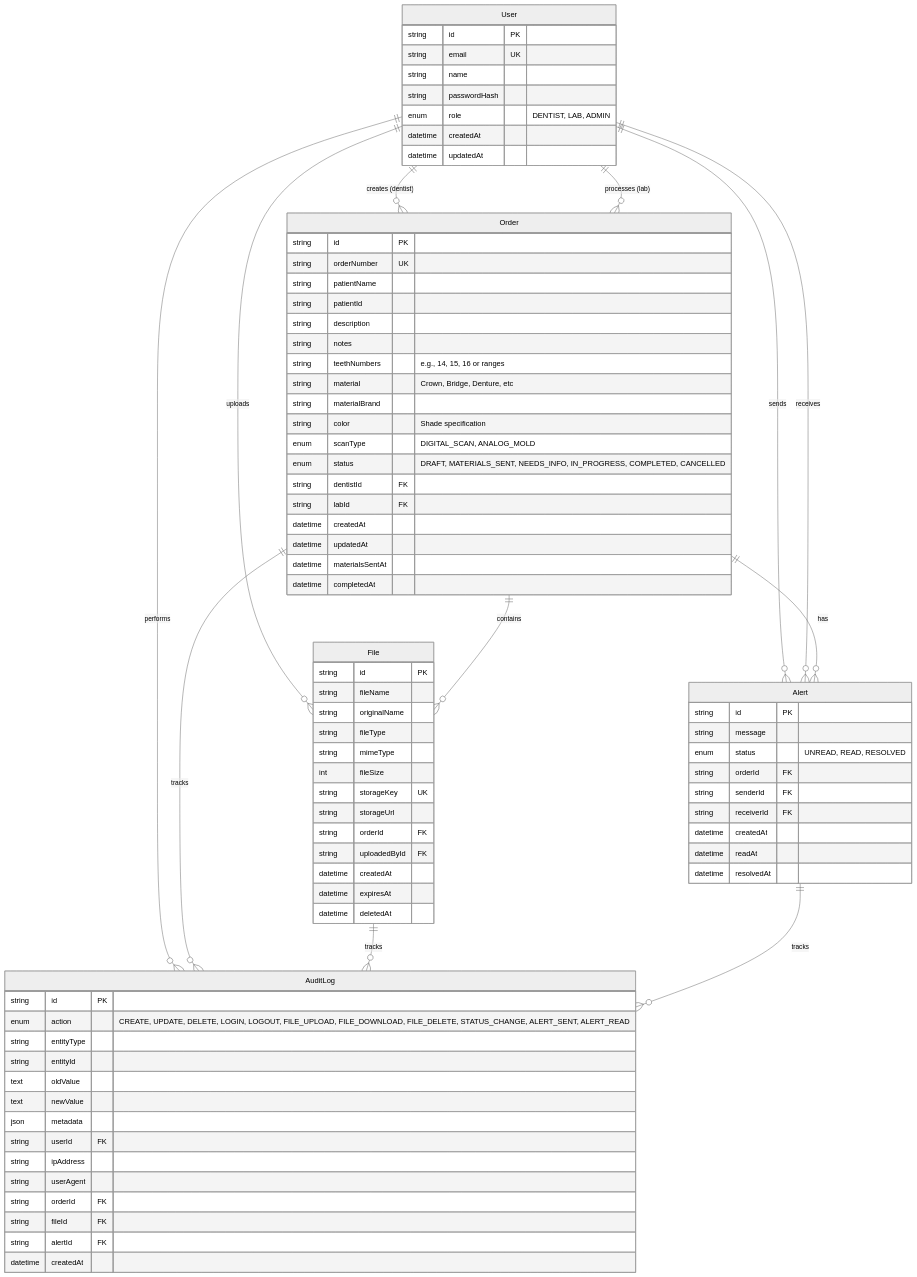
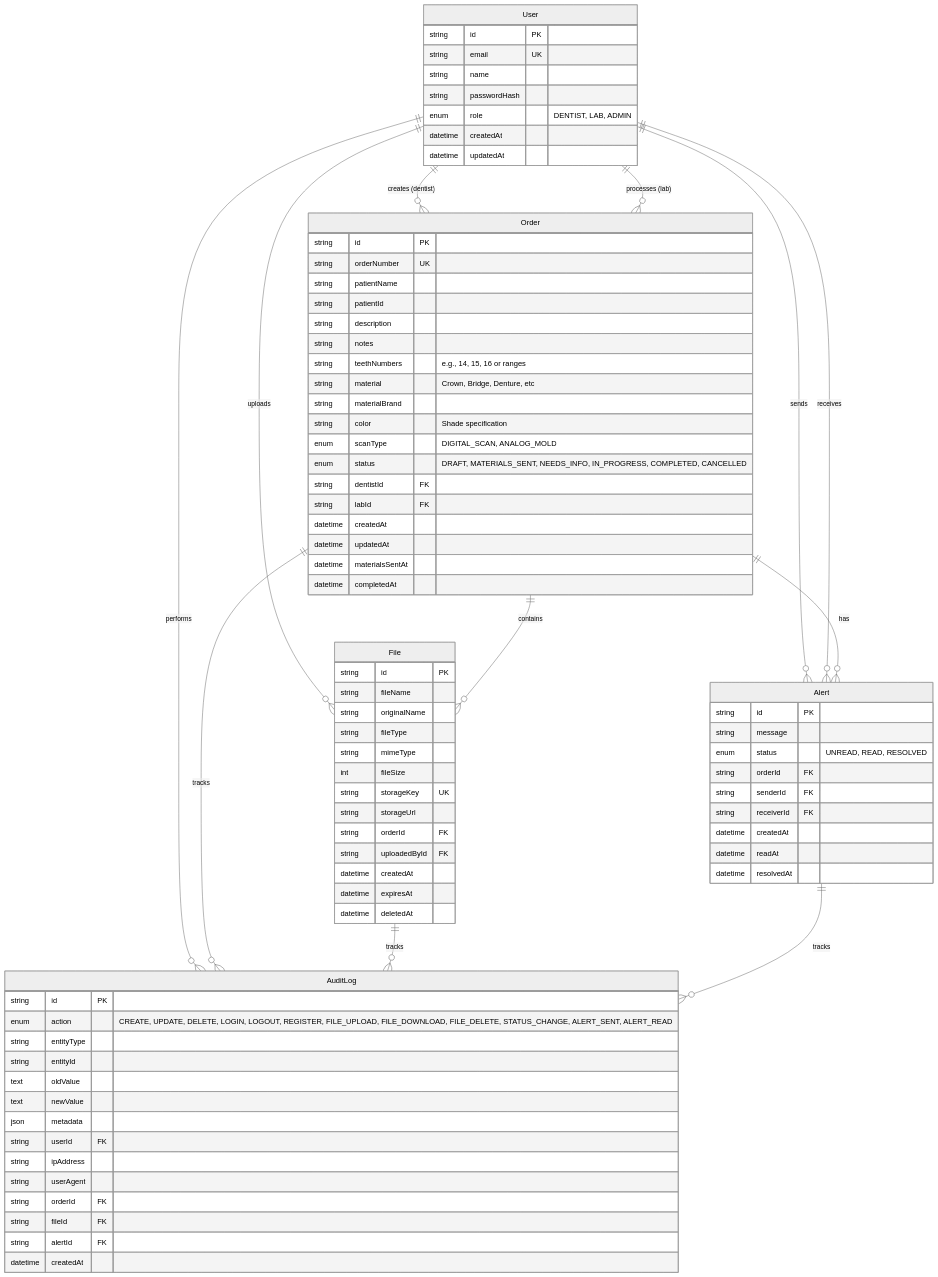
Before and after one commit to RolNR/fusion-dental-lab: the diagram in database-schema.md, drawn with Mermaid (neutral theme). The commit also changed 14 other files, not shown here.

```diff
--- a/database-schema.md
+++ b/database-schema.md
@@ -79,7 +79,7 @@
 
     AuditLog {
         string id PK
-        enum action "CREATE, UPDATE, DELETE, LOGIN, LOGOUT, FILE_UPLOAD, FILE_DOWNLOAD, FILE_DELETE, STATUS_CHANGE, ALERT_SENT, ALERT_READ"
+        enum action "CREATE, UPDATE, DELETE, LOGIN, LOGOUT, REGISTER, FILE_UPLOAD, FILE_DOWNLOAD, FILE_DELETE, STATUS_CHANGE, ALERT_SENT, ALERT_READ"
         string entityType
         string entityId
         text oldValue
```
